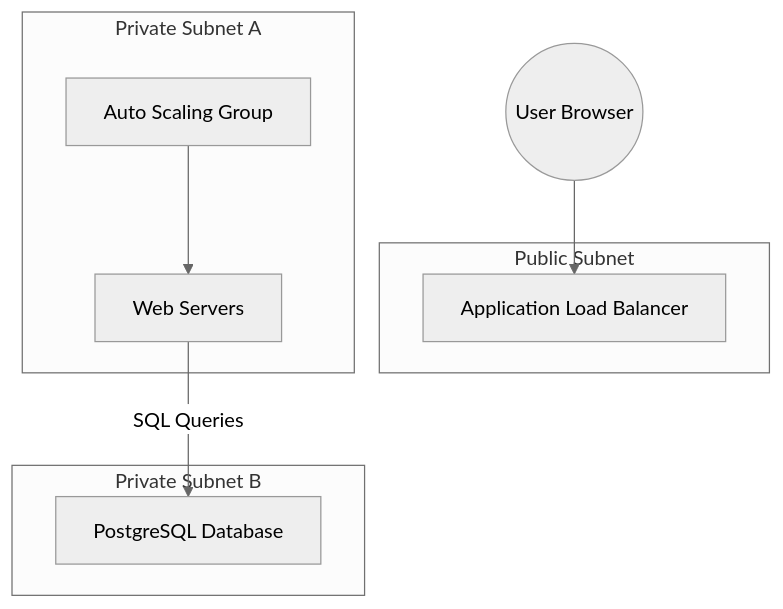
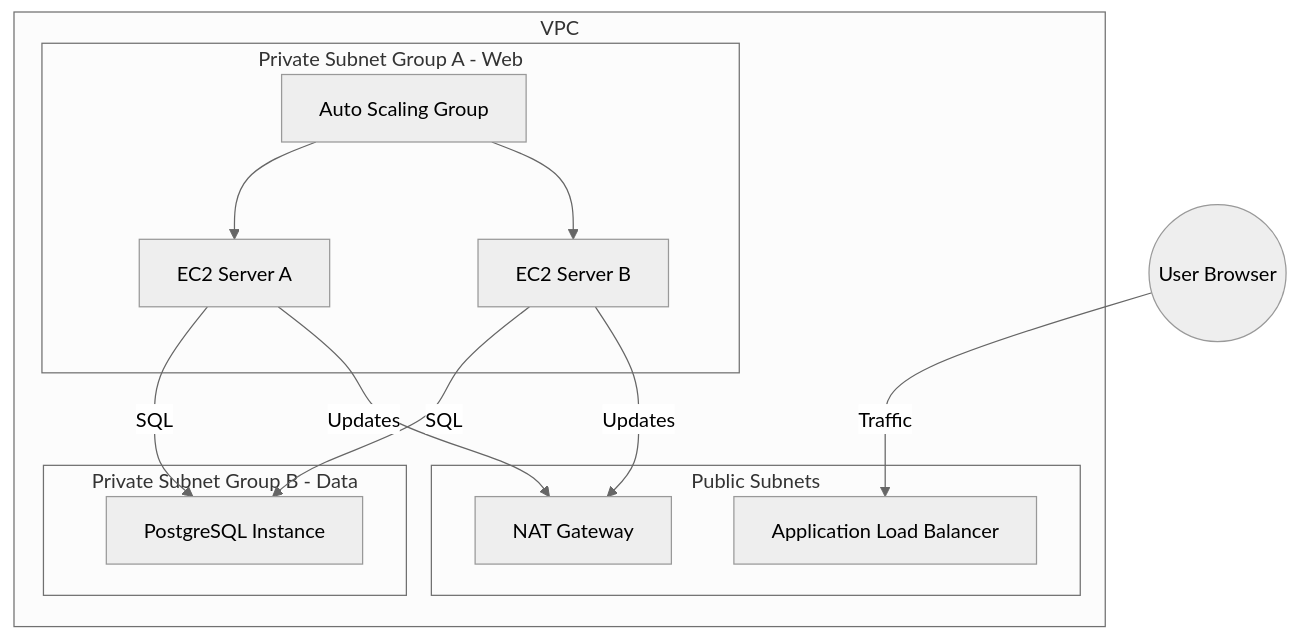
One commit to Ritik12062002/Terraform_RoadMap changed the diagram in terraform_roadmap/labs/day18-20-final-project/README.md. Above: the diagram before and after it, drawn with Mermaid (neutral theme). The commit also changed other lines of this file and 17 other files, not shown here.

Commit message:
Terraform Roadmap

````diff
--- a/terraform_roadmap/labs/day18-20-final-project/README.md
+++ b/terraform_roadmap/labs/day18-20-final-project/README.md
@@ -17,14 +30,21 @@
 ```mermaid
 graph TD
-    User((User Browser)) --> ALB[Application Load Balancer]
-    subgraph Public Subnet
-        ALB
+    User((User Browser)) -- Traffic --> ALB[Application Load Balancer]
+    subgraph VPC
+        subgraph Public Subnets
+            ALB
+            NAT[NAT Gateway]
+        end
+        subgraph Private Subnet Group A - Web
+            ASG[Auto Scaling Group] --> S1[EC2 Server A]
+            ASG --> S2[EC2 Server B]
+        end
+        subgraph Private Subnet Group B - Data
+            RDS[PostgreSQL Instance]
+        end
     end
-    subgraph Private Subnet A
-        ASG[Auto Scaling Group] --> EC2[Web Servers]
-    end
-    subgraph Private Subnet B
-        RDS[PostgreSQL Database]
-    end
-    EC2 -- SQL Queries --> RDS
+    S1 -- SQL --> RDS
+    S2 -- SQL --> RDS
+    S1 -- Updates --> NAT
+    S2 -- Updates --> NAT
 ```
````
